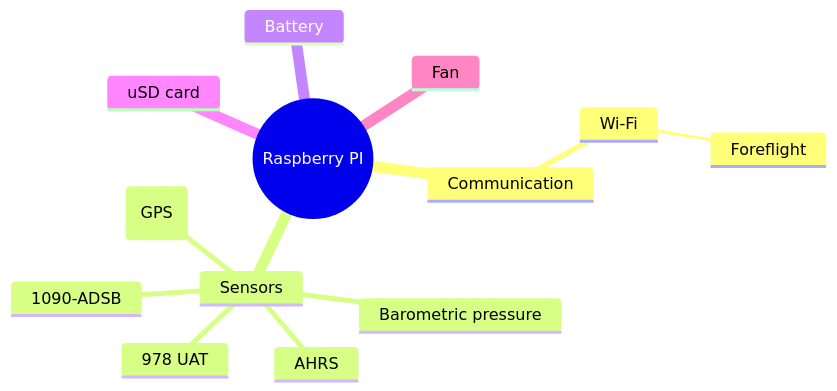
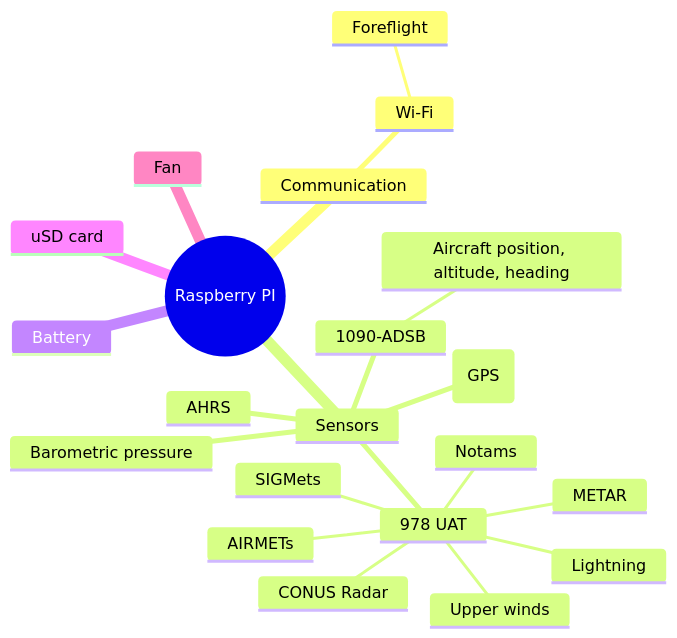
One commit to xiaprojects/roastbeef changed the diagram in README.md. Above: the diagram before and after it, drawn with Mermaid.

Commit message:
README.md - Expand Stratux mindmap

````diff
--- a/README.md
+++ b/README.md
@@ -6,17 +6,25 @@
 ```mermaid
 mindmap
   root((Raspberry PI))
     Communication
         Wi-Fi
             Foreflight
             ::icon(fa fa-tablet)
     Sensors
         GNSS (GPS)
         1090-ADSB
+            Aircraft position, altitude, heading
         978 UAT
+            METAR
+            Notams
+            CONUS Radar
+            Lightning
+            Upper winds
+            AIRMETs
+            SIGMets
         AHRS
         Barometric pressure
     Battery
     uSD card
     Fan
 ```
````
